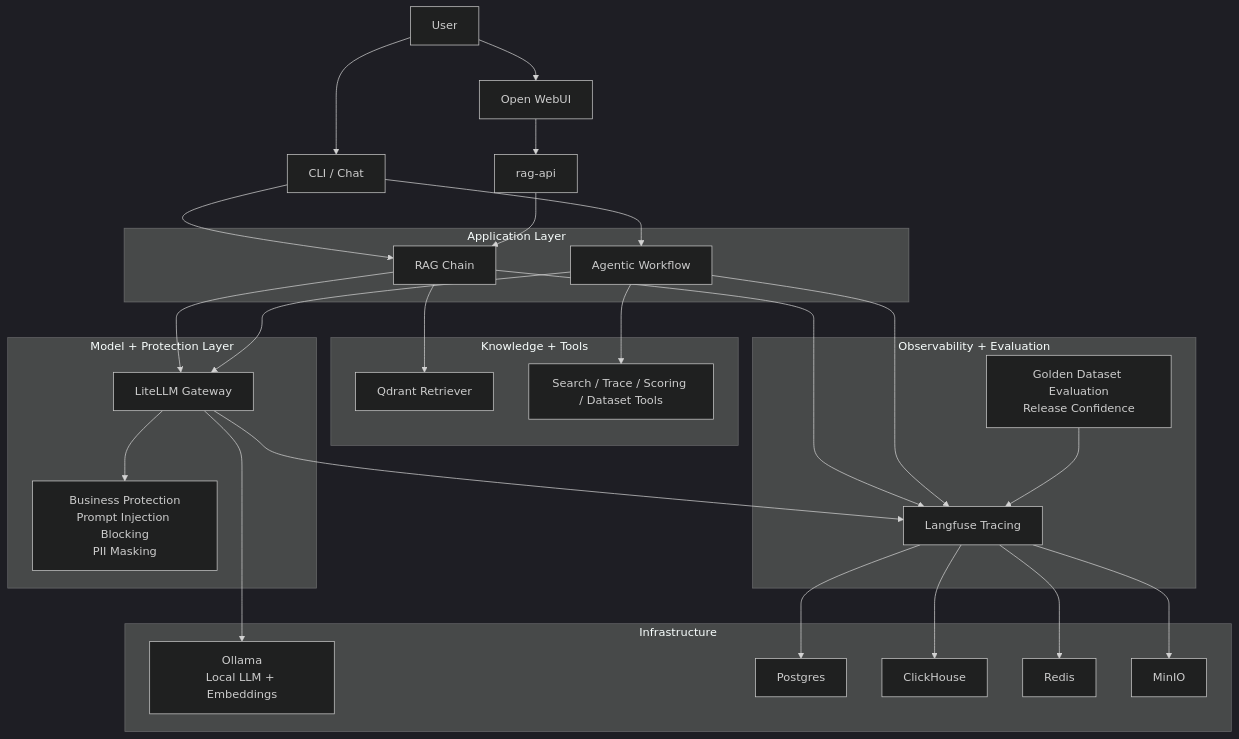
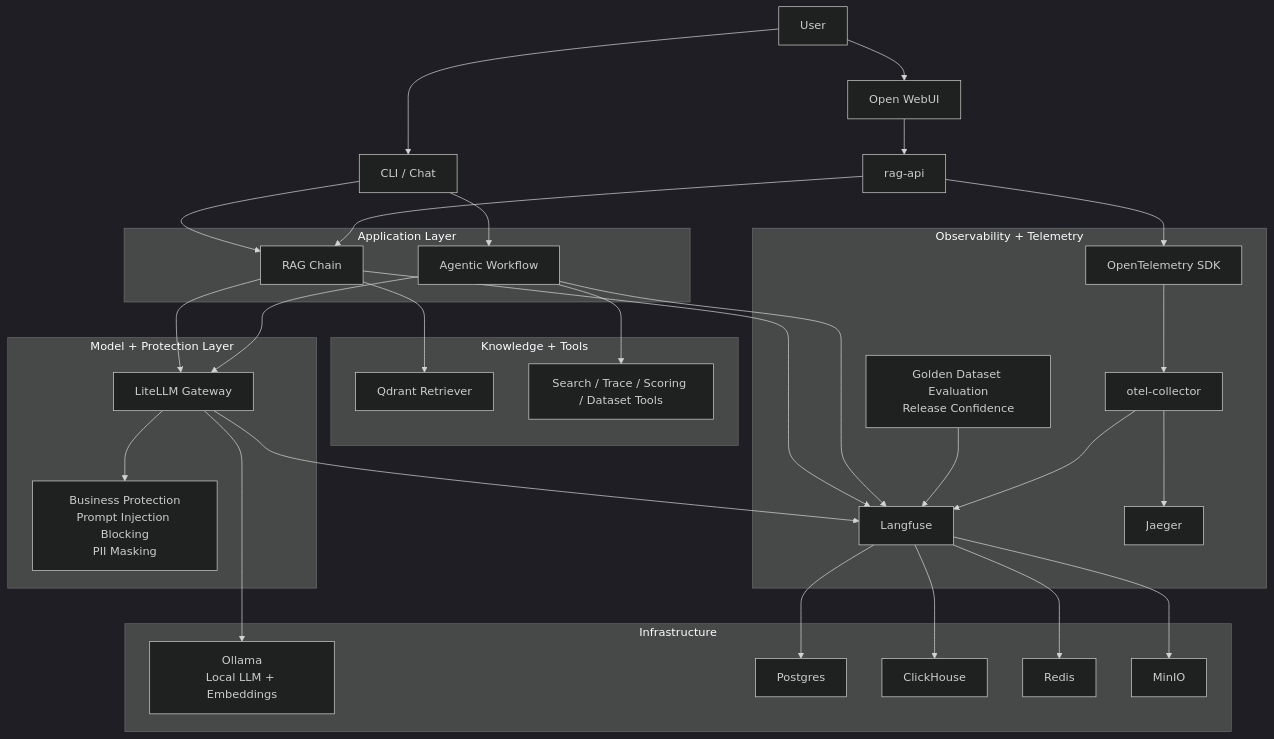
One commit to glaborie/agentguard changed the diagram in README.md. Above: the diagram before and after it, drawn with Mermaid (dark theme). The commit also changed other lines of this file, not shown here.

Commit message:
Add OpenTelemetry, collector, and Jaeger to Mermaid architecture

````diff
--- a/README.md
+++ b/README.md
@@ -45,59 +45,68 @@
 ```mermaid
 flowchart TD
     U[User]
     CLI[CLI / Chat]
     WEB[Open WebUI]
     API[rag-api]
 
     U --> CLI
     U --> WEB
     WEB --> API
     CLI --> RAG
     CLI --> AGENT
     API --> RAG
 
     subgraph App["Application Layer"]
         RAG[RAG Chain]
         AGENT[Agentic Workflow]
     end
 
     subgraph Knowledge["Knowledge + Tools"]
         Q[Qdrant Retriever]
         TOOLS[Search / Trace / Scoring / Dataset Tools]
     end
 
     subgraph Model["Model + Protection Layer"]
         LLM[LiteLLM Gateway]
         PROTECT[Business Protection<br/>Prompt Injection Blocking<br/>PII Masking]
     end
 
-    subgraph Ops["Observability + Evaluation"]
-        LF[Langfuse Tracing]
+    subgraph Telemetry["Observability + Telemetry"]
+        LF[Langfuse]
+        OTEL[OpenTelemetry SDK]
+        COLLECTOR[otel-collector]
+        JAEGER[Jaeger]
         EVAL[Golden Dataset Evaluation<br/>Release Confidence]
     end
-
-    RAG --> Q
-    RAG --> LLM
-    AGENT --> TOOLS
-    AGENT --> LLM
-
-    LLM --> PROTECT
-    RAG --> LF
-    AGENT --> LF
-    LLM --> LF
-    EVAL --> LF
 
     subgraph Infra["Infrastructure"]
         OLLAMA[Ollama<br/>Local LLM + Embeddings]
         PG[Postgres]
         CH[ClickHouse]
         REDIS[Redis]
         MINIO[MinIO]
     end
 
+    RAG --> Q
+    RAG --> LLM
+    AGENT --> TOOLS
+    AGENT --> LLM
+
+    LLM --> PROTECT
     LLM --> OLLAMA
+
+    RAG --> LF
+    AGENT --> LF
+    LLM --> LF
+    EVAL --> LF
+
+    API --> OTEL
+    OTEL --> COLLECTOR
+    COLLECTOR --> JAEGER
+    COLLECTOR --> LF
+
     LF --> PG
     LF --> CH
     LF --> REDIS
     LF --> MINIO
 ```
````
